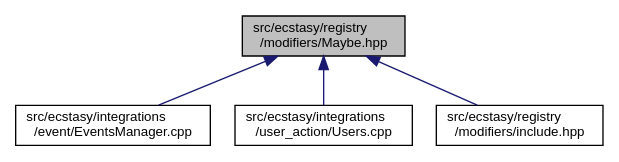
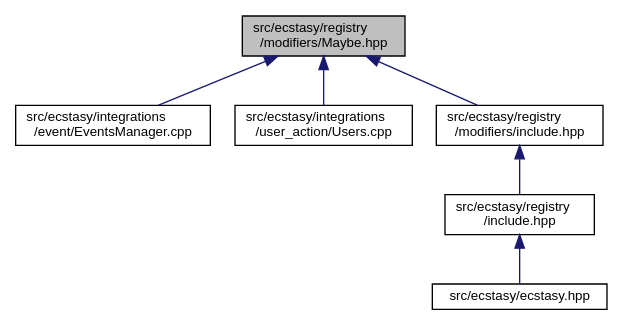
The diagram in registry_2modifiers_2_maybe_8hpp__dep__incl.dot (AndreasLrx/ecstasy), drawn with Graphviz before and after one commit. The commit also changed 437 other files, not shown here.

```diff
--- a/registry_2modifiers_2_maybe_8hpp__dep__incl.dot
+++ b/registry_2modifiers_2_maybe_8hpp__dep__incl.dot
@@ -1,13 +1,17 @@
 digraph "src/ecstasy/registry/modifiers/Maybe.hpp"
 {
  // LATEX_PDF_SIZE
   edge [fontname="Helvetica",fontsize="10",labelfontname="Helvetica",labelfontsize="10"];
   node [fontname="Helvetica",fontsize="10",shape=record];
   Node1 [label="src/ecstasy/registry\l/modifiers/Maybe.hpp",height=0.2,width=0.4,color="black", fillcolor="grey75", style="filled", fontcolor="black",tooltip=" "];
   Node1 -> Node2 [dir="back",color="midnightblue",fontsize="10",style="solid",fontname="Helvetica"];
   Node2 [label="src/ecstasy/integrations\l/event/EventsManager.cpp",height=0.2,width=0.4,color="black", fillcolor="white", style="filled",URL="$_events_manager_8cpp.html",tooltip=" "];
   Node1 -> Node3 [dir="back",color="midnightblue",fontsize="10",style="solid",fontname="Helvetica"];
   Node3 [label="src/ecstasy/integrations\l/user_action/Users.cpp",height=0.2,width=0.4,color="black", fillcolor="white", style="filled",URL="$_users_8cpp.html",tooltip=" "];
   Node1 -> Node4 [dir="back",color="midnightblue",fontsize="10",style="solid",fontname="Helvetica"];
   Node4 [label="src/ecstasy/registry\l/modifiers/include.hpp",height=0.2,width=0.4,color="black", fillcolor="white", style="filled",URL="$registry_2modifiers_2include_8hpp.html",tooltip=" "];
+  Node4 -> Node5 [dir="back",color="midnightblue",fontsize="10",style="solid",fontname="Helvetica"];
+  Node5 [label="src/ecstasy/registry\l/include.hpp",height=0.2,width=0.4,color="black", fillcolor="white", style="filled",URL="$registry_2include_8hpp.html",tooltip=" "];
+  Node5 -> Node6 [dir="back",color="midnightblue",fontsize="10",style="solid",fontname="Helvetica"];
+  Node6 [label="src/ecstasy/ecstasy.hpp",height=0.2,width=0.4,color="black", fillcolor="white", style="filled",URL="$ecstasy_8hpp.html",tooltip=" "];
 }
```
